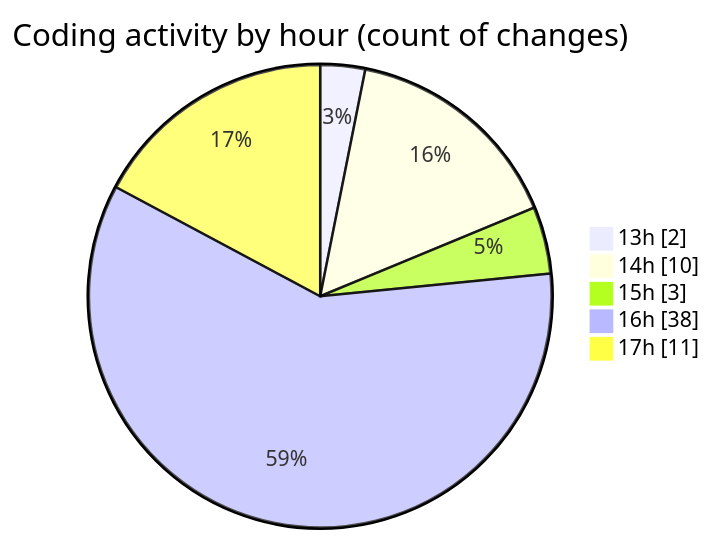
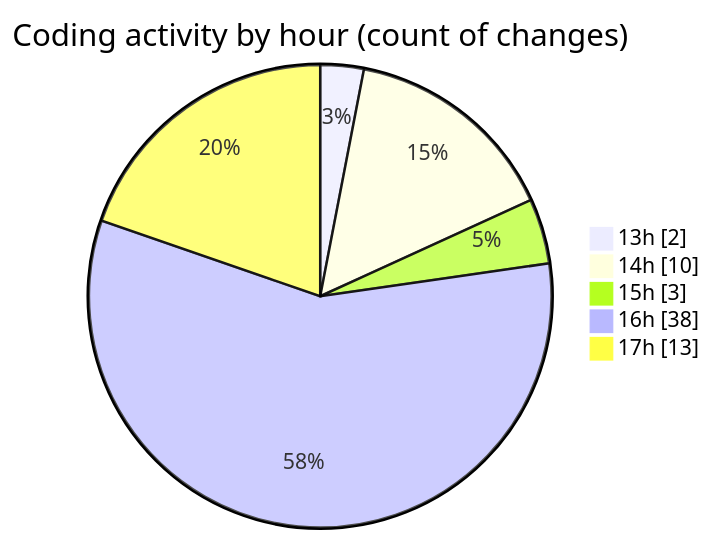
One commit to nxtqubesakshisongat/code-tracking changed the second of 2 diagrams in 2026-03-12/nxtqube_webapp/README.md. Above: the diagram before and after it, drawn with Mermaid. The commit also changed other lines of this file and 1 other file, not shown here.

````diff
--- a/2026-03-12/nxtqube_webapp/README.md
+++ b/2026-03-12/nxtqube_webapp/README.md
@@ -41,9 +41,9 @@
 ```mermaid
 pie showData
 title Coding activity by hour (count of changes)
 "13h" : 2
 "14h" : 10
 "15h" : 3
 "16h" : 38
-"17h" : 11
+"17h" : 13
 ```
````
